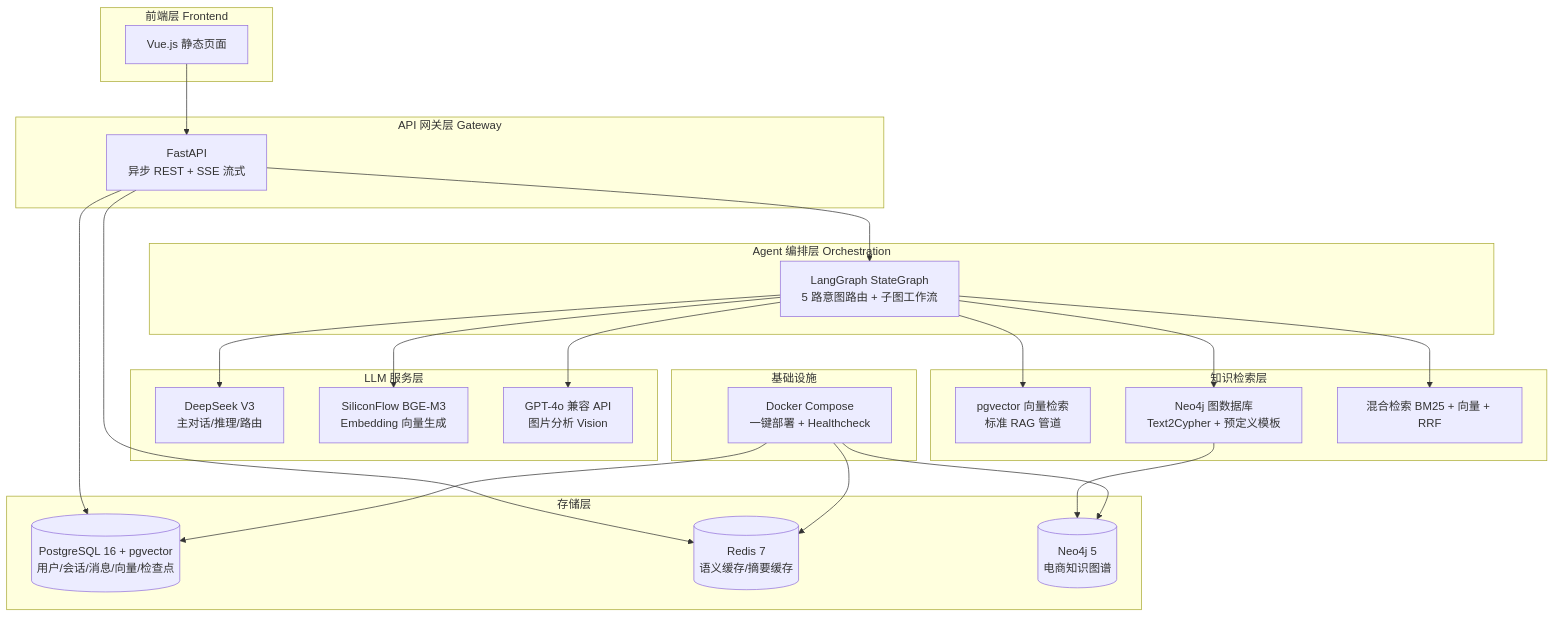
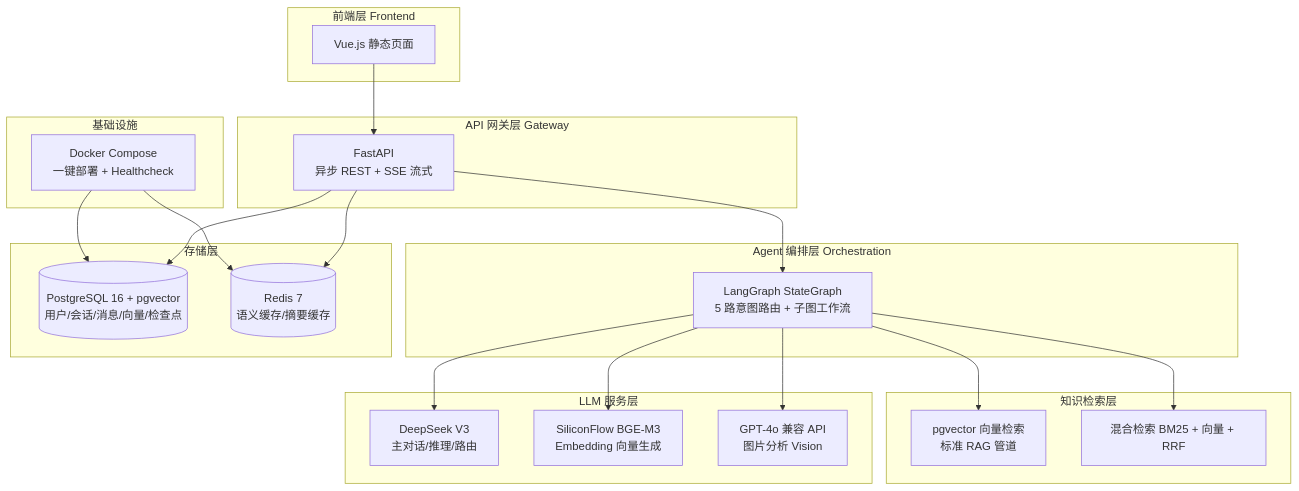
One commit to blowt16/SmartCS-Agent changed the first of 10 diagrams in docs/PROJECT_ANALYSIS.md. Above: the diagram before and after it, drawn with Mermaid. The commit also changed other lines of this file and 85 other files, not shown here.

First line of the commit message:
[refactor] 彻底移除 Neo4j 与 Cypher：知识库查询统一为 pgvector 向量检索

````diff
--- a/docs/PROJECT_ANALYSIS.md
+++ b/docs/PROJECT_ANALYSIS.md
@@ -36,49 +36,44 @@
 ```mermaid
 graph TB
     subgraph "前端层 Frontend"
         A[Vue.js 静态页面]
     end
 
     subgraph "API 网关层 Gateway"
         B[FastAPI<br/>异步 REST + SSE 流式]
     end
 
     subgraph "Agent 编排层 Orchestration"
         C[LangGraph StateGraph<br/>5 路意图路由 + 子图工作流]
     end
 
     subgraph "LLM 服务层"
         D1[DeepSeek V3<br/>主对话/推理/路由]
         D2[SiliconFlow BGE-M3<br/>Embedding 向量生成]
         D3[GPT-4o 兼容 API<br/>图片分析 Vision]
     end
 
     subgraph "知识检索层"
         E1[pgvector 向量检索<br/>标准 RAG 管道]
-        E2[Neo4j 图数据库<br/>Text2Cypher + 预定义模板]
         E3[混合检索 BM25 + 向量 + RRF]
     end
 
     subgraph "存储层"
         F1[(PostgreSQL 16 + pgvector<br/>用户/会话/消息/向量/检查点)]
         F2[(Redis 7<br/>语义缓存/摘要缓存)]
-        F3[(Neo4j 5<br/>电商知识图谱)]
     end
 
     subgraph "基础设施"
         G[Docker Compose<br/>一键部署 + Healthcheck]
     end
 
     A --> B --> C --> D1
     C --> D2
     C --> D3
     C --> E1
-    C --> E2
     C --> E3
     B --> F1
     B --> F2
-    E2 --> F3
     G --> F1
     G --> F2
-    G --> F3
 ```
````
